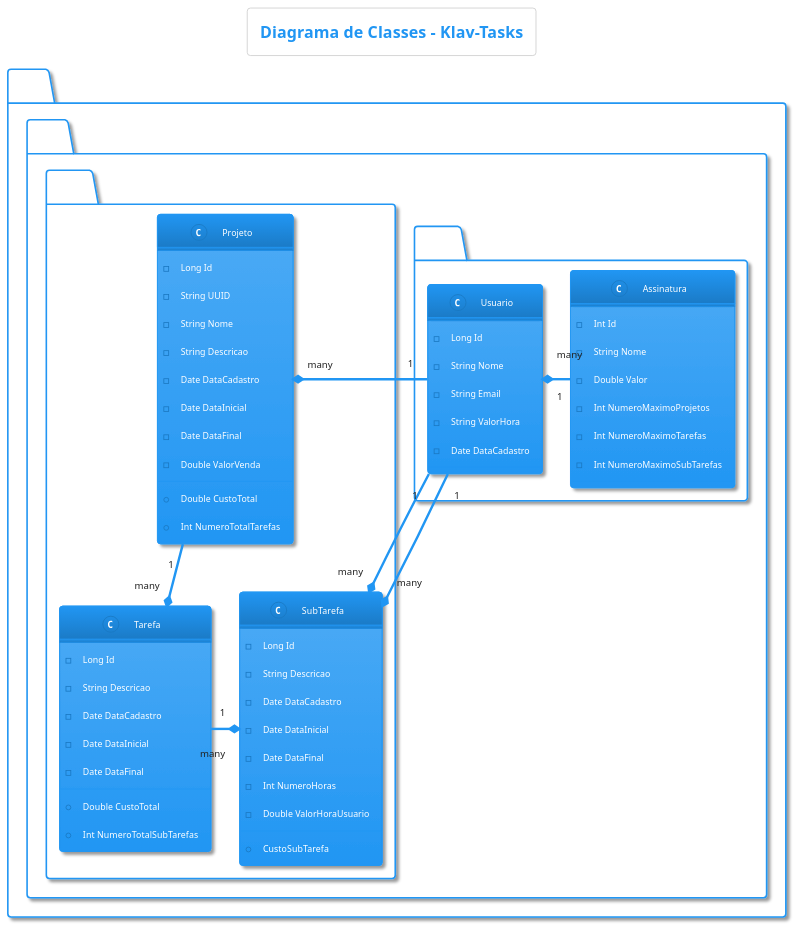
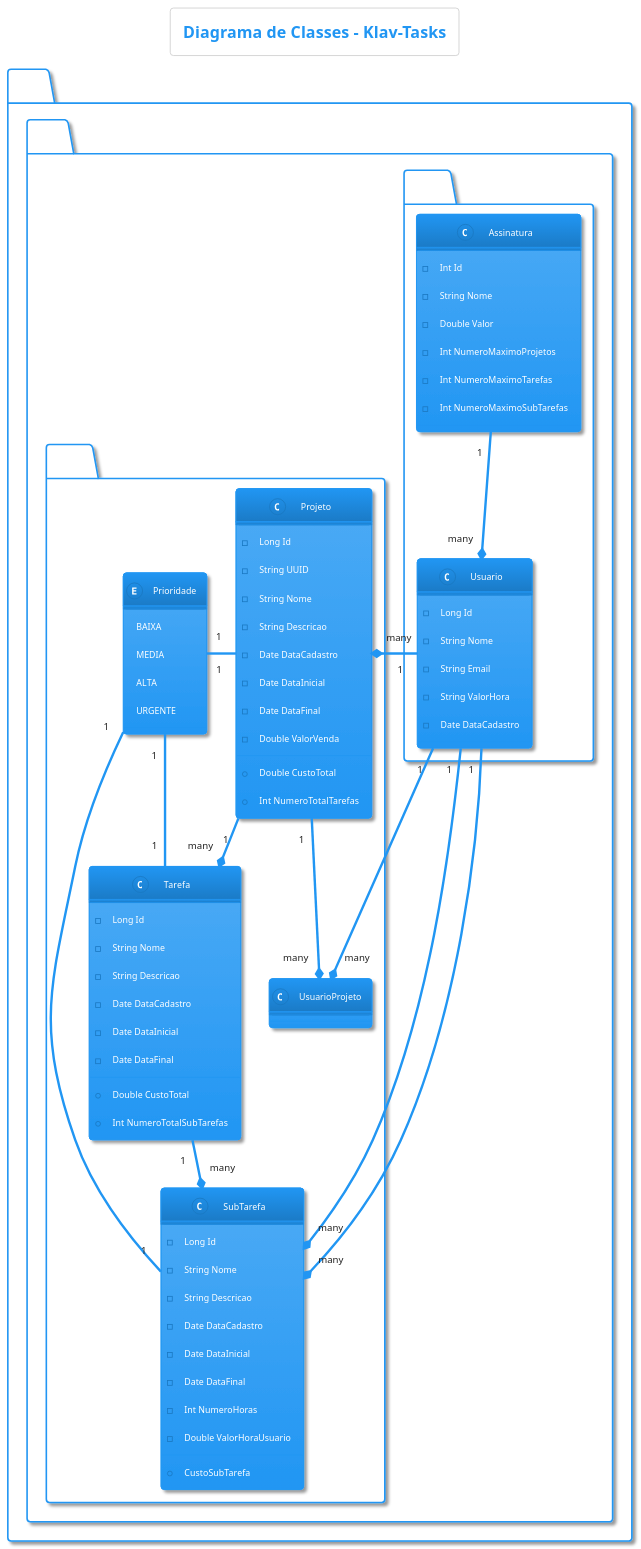
One commit to valkcastellani/klav-tasks changed the diagram in klav-tasks-uml.puml. Above: the diagram before and after it, drawn with PlantUML.

Commit message:
Atualização do Diagrama de Classes - PlantUML

```diff
--- a/klav-tasks-uml.puml
+++ b/klav-tasks-uml.puml
@@ -1,71 +1,87 @@
 @startuml
 !theme materia
 
 skin rose
 
 title Diagrama de Classes - Klav-Tasks
 
 package com.klav.users {
 
   class Assinatura {
     -{field} Int Id
     -{field} String Nome
     -{field} Double Valor
     -{field} Int NumeroMaximoProjetos
     -{field} Int NumeroMaximoTarefas
     -{field} Int NumeroMaximoSubTarefas
   }
   
   class Usuario {
     -{field} Long Id
     -{field} String Nome
     -{field} String Email
     -{field} String ValorHora
     -{field} Date DataCadastro
   }
 }
 
 package com.klav.tasks {
+
+  enum Prioridade {
+    BAIXA
+    MEDIA
+    ALTA
+    URGENTE
+  }
   
   class Projeto {
     -{field} Long Id
     -{field} String UUID
     -{field} String Nome
     -{field} String Descricao
     -{field} Date DataCadastro
     -{field} Date DataInicial
     -{field} Date DataFinal
     -{field} Double ValorVenda
     +{method} Double CustoTotal
     +{method} Int NumeroTotalTarefas
   }
   
   class Tarefa {
     -{field} Long Id
+    -{field} String Nome
     -{field} String Descricao
     -{field} Date DataCadastro
     -{field} Date DataInicial
     -{field} Date DataFinal
     +{method} Double CustoTotal
     +{method} Int NumeroTotalSubTarefas
   }
-  
+
   class SubTarefa {
     -{field} Long Id
+    -{field} String Nome
     -{field} String Descricao
     -{field} Date DataCadastro
     -{field} Date DataInicial
     -{field} Date DataFinal
     -{field} Int NumeroHoras
     -{field} Double ValorHoraUsuario
     +{method} CustoSubTarefa
   }
+  
+  class UsuarioProjeto
 }
 
-Assinatura "1" -left-* "many" Usuario
+Assinatura "1" --* "many" Usuario
 Usuario "1" -left-* "many" Projeto
+Usuario "1" --* "many" UsuarioProjeto
+Projeto "1" --* "many" UsuarioProjeto
 Projeto "1" --* "many" Tarefa
-Tarefa "1" -right-* "many" SubTarefa
+Tarefa "1" --* "many" SubTarefa
 Usuario "1" --* "many" SubTarefa
 Usuario "1" --* "many" SubTarefa
+Prioridade "1" -right- "1" Projeto
+Prioridade "1" -- "1" Tarefa
+Prioridade "1" -- "1" SubTarefa
 @enduml
```
